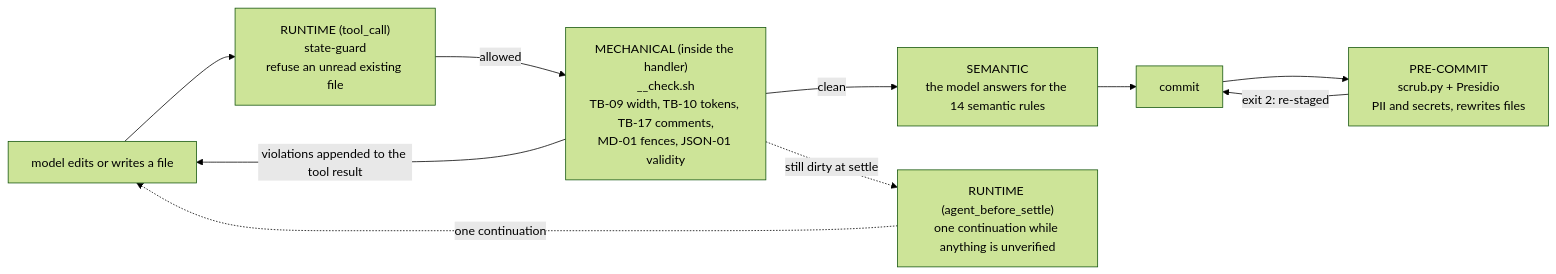
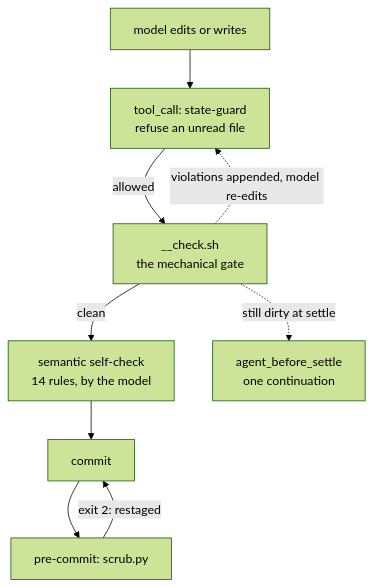
Before and after one commit to sub0xdai/n0x-pi: the second of 5 diagrams in agent/harness-map.md, drawn with Mermaid (forest theme). The commit also changed other lines of this file and 7 other files, not shown here.

````diff
--- a/agent/harness-map.md
+++ b/agent/harness-map.md
@@ -73,20 +76,18 @@
 ```mermaid
-flowchart LR
-    M["model edits or writes a file"]
-    RT["RUNTIME (tool_call)<br/>state-guard<br/>refuse an unread existing file"]
-    MC["MECHANICAL (inside the handler)<br/>__check.sh<br/>TB-09 width, TB-10 tokens, TB-17 comments,<br/>MD-01 fences, JSON-01 validity"]
-    NUDGE["RUNTIME (agent_before_settle)<br/>one continuation while anything is unverified"]
-    SEM["SEMANTIC<br/>the model answers for the 14 semantic rules"]
-    PC["PRE-COMMIT<br/>scrub.py + Presidio<br/>PII and secrets, rewrites files"]
+flowchart TB
+    M["model edits or writes"]
+    RT["tool_call: state-guard<br/>refuse an unread file"]
+    MC["__check.sh<br/>the mechanical gate"]
+    SEM["semantic self-check<br/>14 rules, by the model"]
     C["commit"]
-
+    PC["pre-commit: scrub.py"]
+    N["agent_before_settle<br/>one continuation"]
     M --> RT
     RT -->|"allowed"| MC
-    MC -->|"violations appended to the tool result"| M
     MC -->|"clean"| SEM
     SEM --> C
     C --> PC
-    PC -->|"exit 2: re-staged"| C
-    MC -.->|"still dirty at settle"| NUDGE
-    NUDGE -.->|"one continuation"| M
+    PC -->|"exit 2: restaged"| C
+    MC -.->|"violations appended, model re-edits"| RT
+    MC -.->|"still dirty at settle"| N
 ```
````
